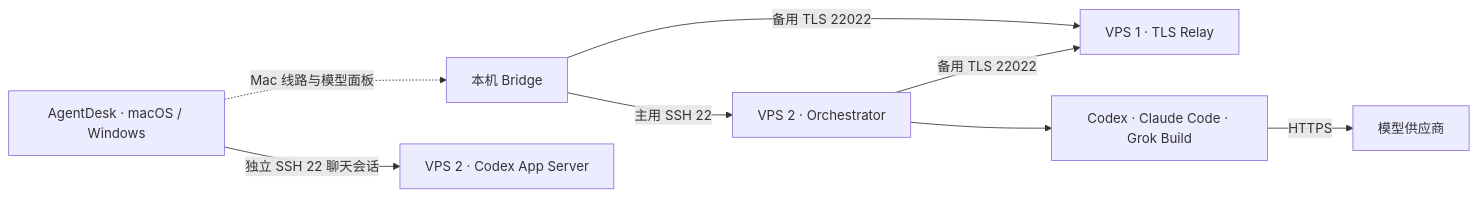
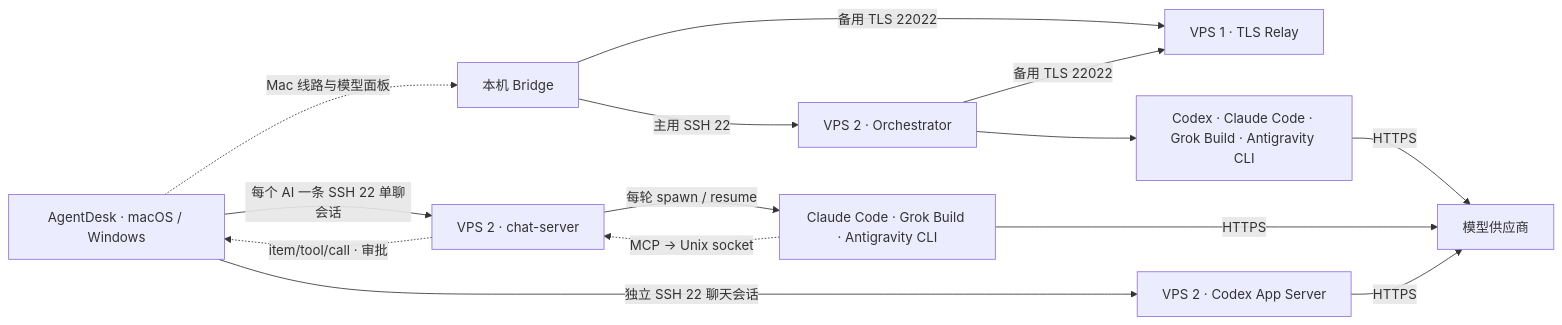
The diagram in docs/ARCHITECTURE.md (miller7-lan/agentdesk), drawn with Mermaid before and after one commit. The commit also changed other lines of this file and 23 other files, not shown here.

First line of the commit message:
Add streaming direct chats for Claude, Grok and Antigravity

````diff
--- a/docs/ARCHITECTURE.md
+++ b/docs/ARCHITECTURE.md
@@ -5,16 +5,24 @@
 ```mermaid
 flowchart LR
     Desk["AgentDesk · macOS / Windows"]
     Bridge["本机 Bridge"]
     Relay["VPS 1 · TLS Relay"]
     Orch["VPS 2 · Orchestrator"]
-    CLI["Codex · Claude Code · Grok Build"]
+    AppServer["VPS 2 · Codex App Server"]
+    ChatServer["VPS 2 · chat-server"]
+    TaskCLI["Codex · Claude Code · Grok Build · Antigravity CLI"]
+    ChatCLI["Claude Code · Grok Build · Antigravity CLI"]
     Cloud["模型供应商"]
-    AppServer["VPS 2 · Codex App Server"]
     Desk -->|"独立 SSH 22 聊天会话"| AppServer
+    Desk -->|"每个 AI 一条 SSH 22 单聊会话"| ChatServer
+    ChatServer -->|"每轮 spawn / resume"| ChatCLI
+    ChatCLI -.->|"MCP → Unix socket"| ChatServer
+    ChatServer -.->|"item/tool/call · 审批"| Desk
     Bridge -->|"主用 SSH 22"| Orch
     Bridge -->|"备用 TLS 22022"| Relay
     Orch -->|"备用 TLS 22022"| Relay
-    Orch --> CLI -->|"HTTPS"| Cloud
+    Orch --> TaskCLI -->|"HTTPS"| Cloud
+    ChatCLI -->|"HTTPS"| Cloud
+    AppServer -->|"HTTPS"| Cloud
     Desk -.->|"Mac 线路与模型面板"| Bridge
 ```
````
